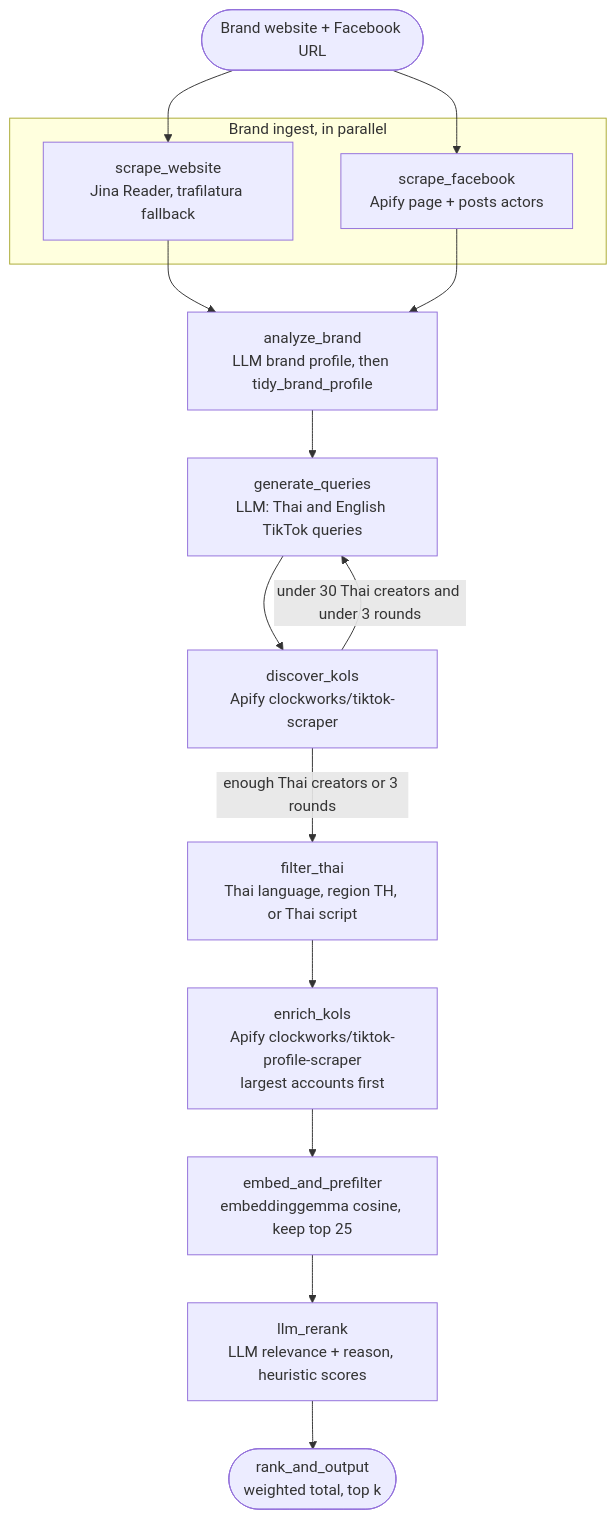
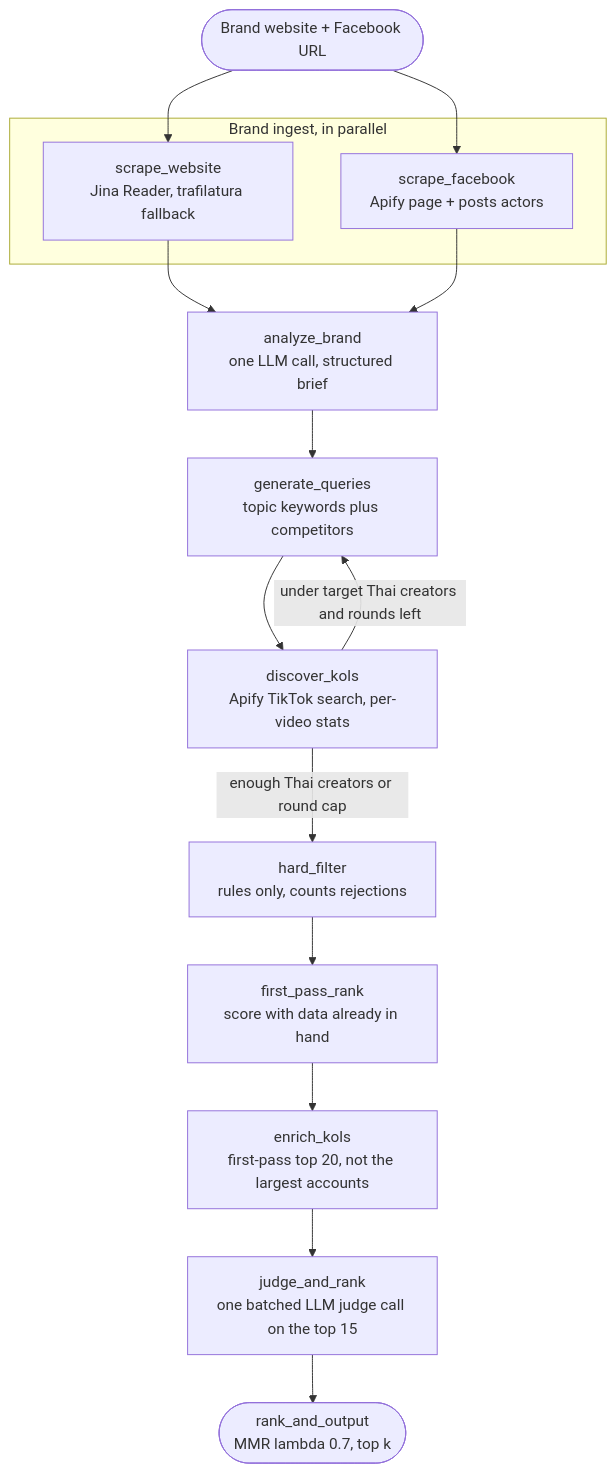
Before and after one commit to Jamessurapat26/tiktok-kol-matcher: the first of 2 diagrams in README.md, drawn with Mermaid. The commit also changed other lines of this file and 65 other files, not shown here.

````diff
--- a/README.md
+++ b/README.md
@@ -195,21 +207,21 @@
 ```mermaid
 flowchart TD
     REQ([Brand website + Facebook URL]) --> W
     REQ --> F
 
     subgraph ingest [Brand ingest, in parallel]
         W["scrape_website<br/>Jina Reader, trafilatura fallback"]
         F["scrape_facebook<br/>Apify page + posts actors"]
     end
 
-    W --> A["analyze_brand<br/>LLM brand profile, then tidy_brand_profile"]
+    W --> A["analyze_brand<br/>one LLM call, structured brief"]
     F --> A
-    A --> Q["generate_queries<br/>LLM: Thai and English TikTok queries"]
-    Q --> D["discover_kols<br/>Apify clockworks/tiktok-scraper"]
-    D -->|"under 30 Thai creators and under 3 rounds"| Q
-    D -->|"enough Thai creators or 3 rounds"| T["filter_thai<br/>Thai language, region TH, or Thai script"]
-    T --> E["enrich_kols<br/>Apify clockworks/tiktok-profile-scraper<br/>largest accounts first"]
-    E --> P["embed_and_prefilter<br/>embeddinggemma cosine, keep top 25"]
-    P --> R["llm_rerank<br/>LLM relevance + reason, heuristic scores"]
-    R --> O(["rank_and_output<br/>weighted total, top k"])
+    A --> Q["generate_queries<br/>topic keywords plus competitors"]
+    Q --> D["discover_kols<br/>Apify TikTok search, per-video stats"]
+    D -->|"under target Thai creators and rounds left"| Q
+    D -->|"enough Thai creators or round cap"| HF["hard_filter<br/>rules only, counts rejections"]
+    HF --> FP["first_pass_rank<br/>score with data already in hand"]
+    FP --> E["enrich_kols<br/>first-pass top 20, not the largest accounts"]
+    E --> J["judge_and_rank<br/>one batched LLM judge call on the top 15"]
+    J --> O(["rank_and_output<br/>MMR lambda 0.7, top k"])
 ```
````
